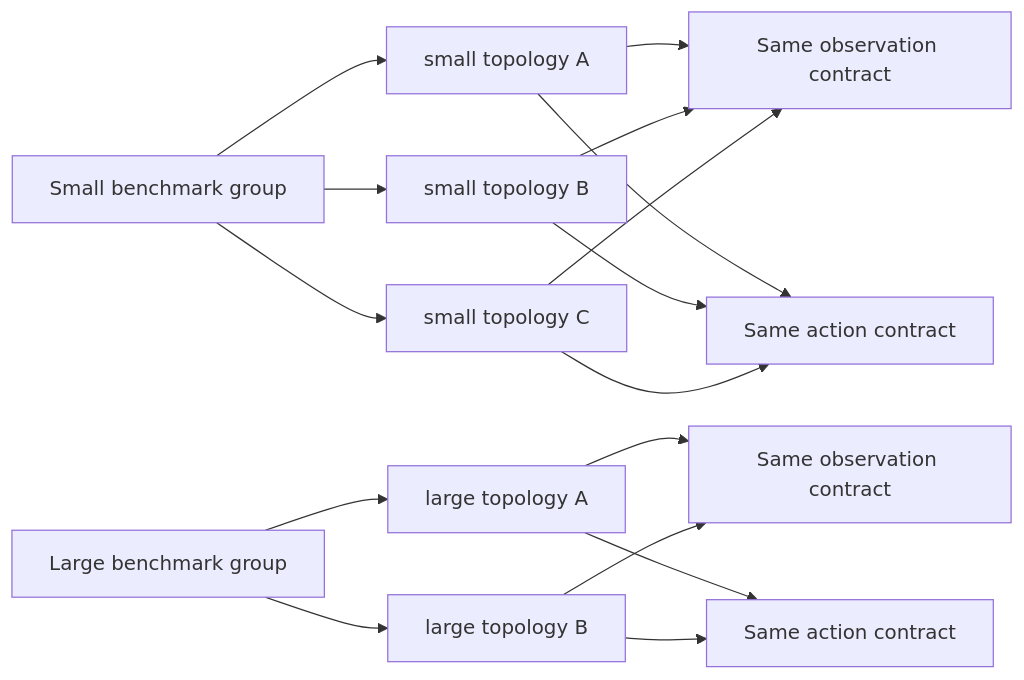
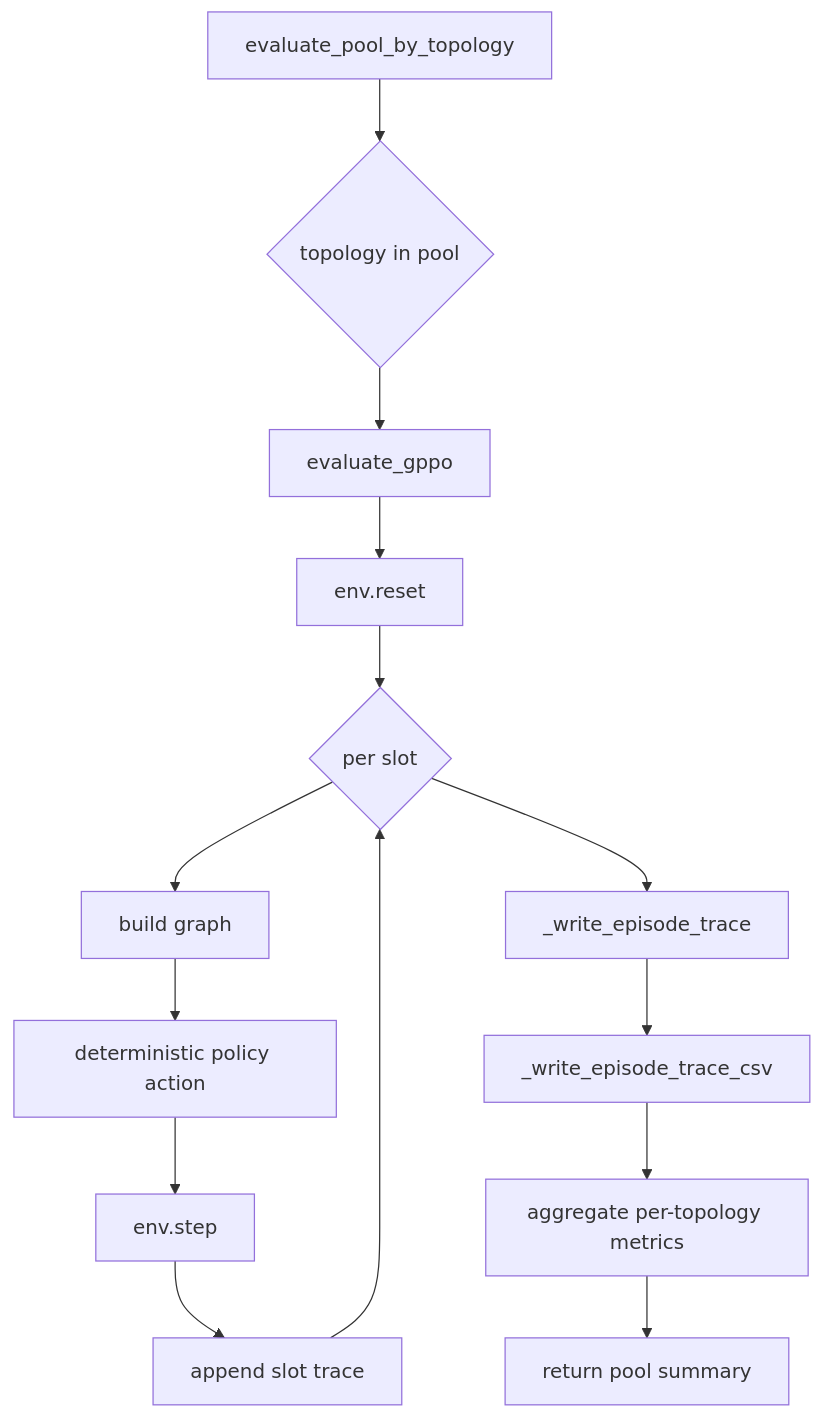
One commit to DrGMark7/ORAN-GPPO changed the eighth of 12 diagrams in ARCHITECTURE.md. Above: the diagram before and after it, drawn with Mermaid. The commit also changed other lines of this file and 33 other files, not shown here.

````diff
--- a/ARCHITECTURE.md
+++ b/ARCHITECTURE.md
@@ -298,32 +289,18 @@
 ```mermaid
-flowchart LR
-    SmallGroup[Small benchmark group]
-    SmallTopo1[small topology A]
-    SmallTopo2[small topology B]
-    SmallTopo3[small topology C]
-    SmallObs[Same observation contract]
-    SmallAct[Same action contract]
+flowchart TD
+    EvaluatePool[evaluate_pool_by_topology] --> ForEachTopology{topology in pool}
+    ForEachTopology --> EvaluateGPPO[evaluate_gppo]
 
-    LargeGroup[Large benchmark group]
-    LargeTopo1[large topology A]
-    LargeTopo2[large topology B]
-    LargeObs[Same observation contract]
-    LargeAct[Same action contract]
+    EvaluateGPPO --> Reset[env.reset]
+    Reset --> SlotLoop{per slot}
+    SlotLoop --> GraphBuild[build graph]
+    GraphBuild --> PolicyStep[deterministic policy action]
+    PolicyStep --> EnvStep[env.step]
+    EnvStep --> TraceRow[append slot trace]
+    TraceRow --> SlotLoop
 
-    SmallGroup --> SmallTopo1
-    SmallGroup --> SmallTopo2
-    SmallGroup --> SmallTopo3
-    SmallTopo1 --> SmallObs
-    SmallTopo2 --> SmallObs
-    SmallTopo3 --> SmallObs
-    SmallTopo1 --> SmallAct
-    SmallTopo2 --> SmallAct
-    SmallTopo3 --> SmallAct
-
-    LargeGroup --> LargeTopo1
-    LargeGroup --> LargeTopo2
-    LargeTopo1 --> LargeObs
-    LargeTopo2 --> LargeObs
-    LargeTopo1 --> LargeAct
-    LargeTopo2 --> LargeAct
+    SlotLoop --> EpisodeTraceJson[_write_episode_trace]
+    EpisodeTraceJson --> EpisodeTraceCsv[_write_episode_trace_csv]
+    EpisodeTraceCsv --> TopologySummary[aggregate per-topology metrics]
+    TopologySummary --> PoolSummary[return pool summary]
 ```
````
